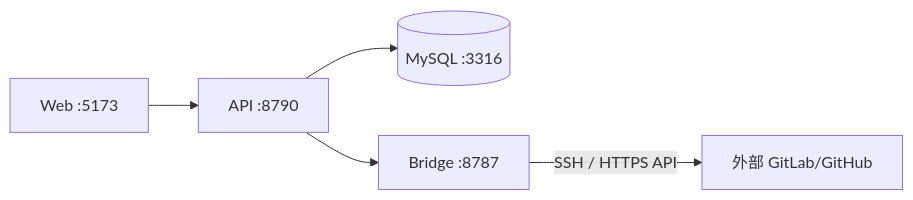
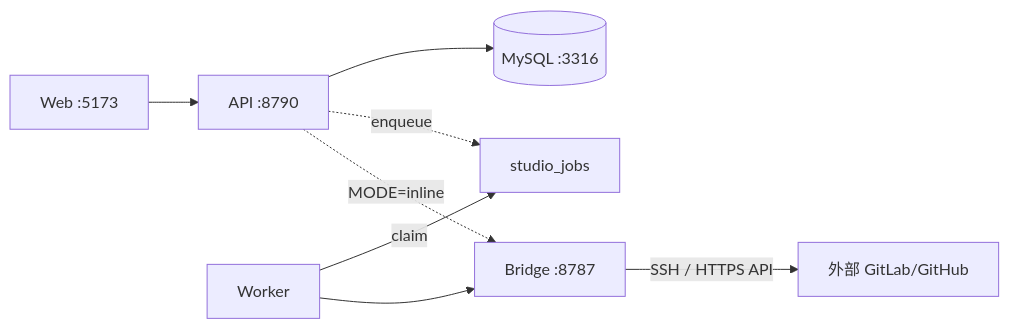
One commit to xxxxxuhb/agent-studio changed the second of 6 diagrams in docs/架构与时序图.md. Above: the diagram before and after it, drawn with Mermaid. The commit also changed other lines of this file and 113 other files, not shown here.

````diff
--- a/docs/架构与时序图.md
+++ b/docs/架构与时序图.md
@@ -65,7 +70,10 @@
 ```mermaid
 flowchart LR
   W[Web :5173] --> A[API :8790]
   A --> M[(MySQL :3316)]
-  A --> B[Bridge :8787]
+  A -.->|enqueue| J[studio_jobs]
+  WK[Worker] -->|claim| J
+  WK --> B[Bridge :8787]
+  A -.->|MODE=inline| B
   B -->|SSH / HTTPS API| G[外部 GitLab/GitHub]
 ```
````
